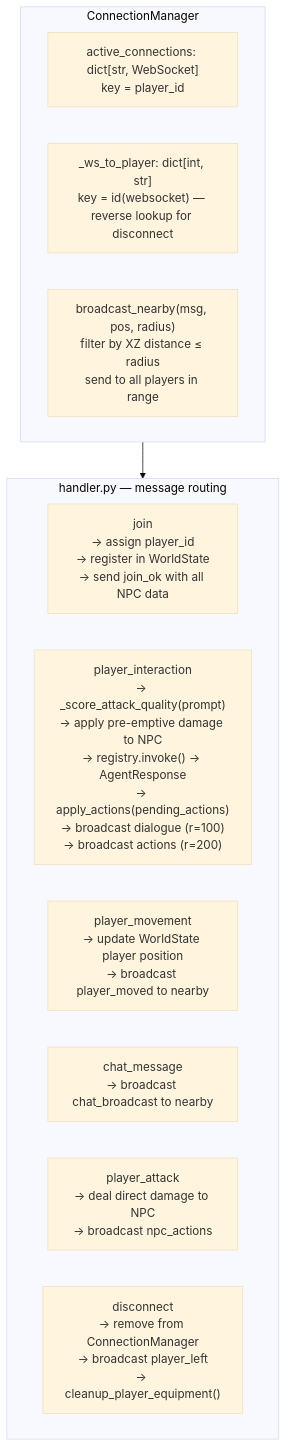
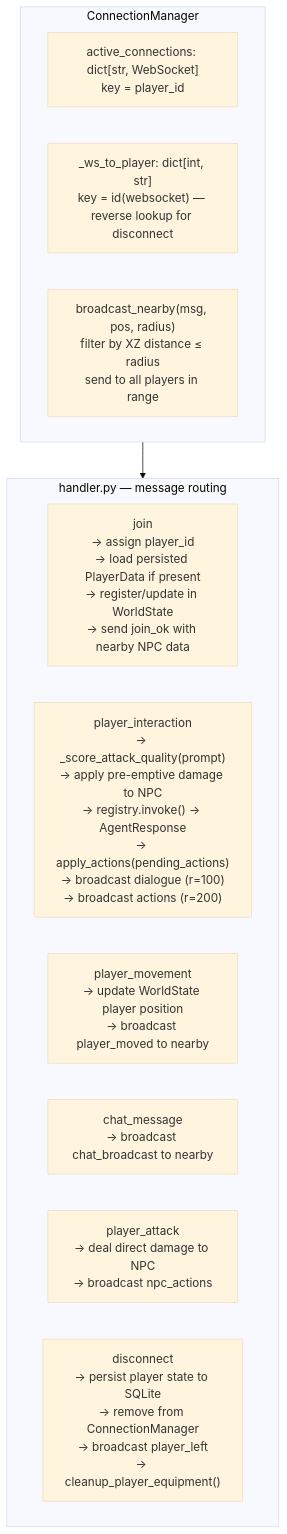
One commit to Zaexv/world-of-prompcraft changed the third of 8 diagrams in server/ARCHITECTURE.md. Above: the diagram before and after it, drawn with Mermaid (base theme). The commit also changed other lines of this file and 136 other files, not shown here.

````diff
--- a/server/ARCHITECTURE.md
+++ b/server/ARCHITECTURE.md
@@ -83,19 +88,19 @@
 ```mermaid
 flowchart TD
     subgraph ConnectionManager["ConnectionManager"]
         AC["active_connections: dict[str, WebSocket]\nkey = player_id"]
         WP["_ws_to_player: dict[int, str]\nkey = id(websocket) — reverse lookup for disconnect"]
         BN["broadcast_nearby(msg, pos, radius)\nfilter by XZ distance ≤ radius\nsend to all players in range"]
     end
 
     subgraph Handler["handler.py — message routing"]
-        JOIN["join\n→ assign player_id\n→ register in WorldState\n→ send join_ok with all NPC data"]
+        JOIN["join\n→ assign player_id\n→ load persisted PlayerData if present\n→ register/update in WorldState\n→ send join_ok with nearby NPC data"]
         INTER["player_interaction\n→ _score_attack_quality(prompt)\n→ apply pre-emptive damage to NPC\n→ registry.invoke() → AgentResponse\n→ apply_actions(pending_actions)\n→ broadcast dialogue (r=100)\n→ broadcast actions (r=200)"]
         MOV["player_movement\n→ update WorldState player position\n→ broadcast player_moved to nearby"]
         CHAT["chat_message\n→ broadcast chat_broadcast to nearby"]
         ATK["player_attack\n→ deal direct damage to NPC\n→ broadcast npc_actions"]
-        DISC["disconnect\n→ remove from ConnectionManager\n→ broadcast player_left\n→ cleanup_player_equipment()"]
+        DISC["disconnect\n→ persist player state to SQLite\n→ remove from ConnectionManager\n→ broadcast player_left\n→ cleanup_player_equipment()"]
     end
 
     ConnectionManager --> Handler
 ```
````
